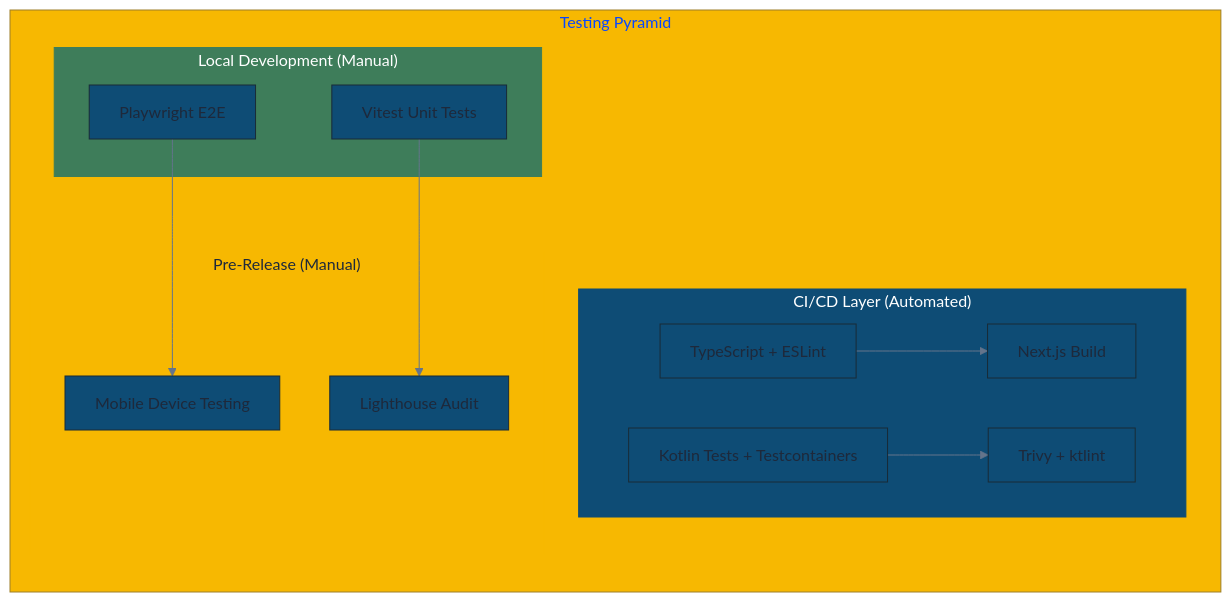
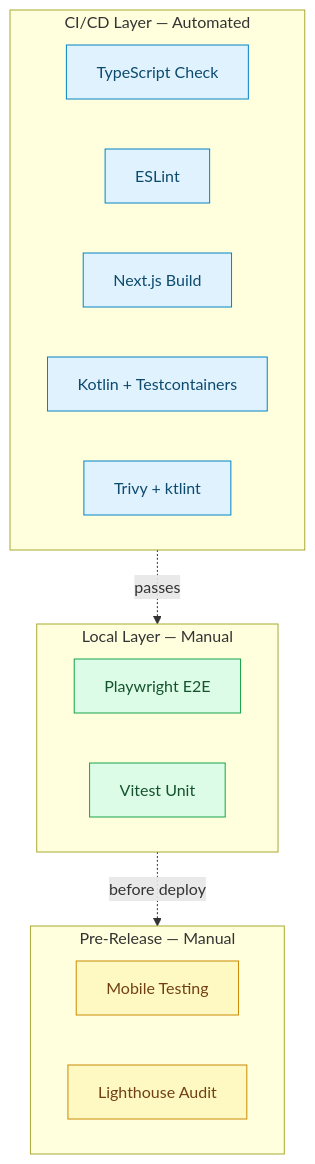
One commit to deznode/nosilha changed the diagram in docs/testing.md. Above: the diagram before and after it, drawn with Mermaid. The commit also changed 7 other files, not shown here.

````diff
--- a/docs/testing.md
+++ b/docs/testing.md
@@ -7,32 +7,31 @@
 ```mermaid
-%%{init: {'theme': 'base', 'themeVariables': { 'primaryColor': '#0e4c75', 'secondaryColor': '#3E7D5A', 'tertiaryColor': '#F7B801', 'primaryTextColor': '#1e293b', 'lineColor': '#64748b'}}}%%
 graph TB
-    subgraph pyramid["Testing Pyramid"]
-        direction TB
-
-        subgraph ci["CI/CD Layer (Automated)"]
-            style ci fill:#0e4c75,stroke:#0e4c75,color:#fff
-            TS["TypeScript + ESLint"]
-            BUILD["Next.js Build"]
-            BACKEND["Kotlin Tests + Testcontainers"]
-            SECURITY["Trivy + ktlint"]
-        end
-
-        subgraph local["Local Development (Manual)"]
-            style local fill:#3E7D5A,stroke:#3E7D5A,color:#fff
-            E2E["Playwright E2E"]
-            UNIT["Vitest Unit Tests"]
-        end
-
-        subgraph manual["Pre-Release (Manual)"]
-            style manual fill:#F7B801,stroke:#F7B801,color:#1e293b
-            MOBILE["Mobile Device Testing"]
-            LIGHTHOUSE["Lighthouse Audit"]
-        end
+    subgraph ci["CI/CD Layer — Automated"]
+        TS["TypeScript Check"]
+        LINT["ESLint"]
+        BUILD["Next.js Build"]
+        KOTLIN["Kotlin + Testcontainers"]
+        SEC["Trivy + ktlint"]
     end
 
-    TS --> BUILD
-    BACKEND --> SECURITY
-    E2E --> MOBILE
-    UNIT --> LIGHTHOUSE
+    subgraph local["Local Layer — Manual"]
+        E2E["Playwright E2E"]
+        UNIT["Vitest Unit"]
+    end
+
+    subgraph pre["Pre-Release — Manual"]
+        MOBILE["Mobile Testing"]
+        LH["Lighthouse Audit"]
+    end
+
+    ci -.->|"passes"| local
+    local -.->|"before deploy"| pre
+
+    classDef ciNode fill:#e0f2fe,stroke:#0284c7,color:#0c4a6e
+    classDef localNode fill:#dcfce7,stroke:#16a34a,color:#14532d
+    classDef preNode fill:#fef9c3,stroke:#ca8a04,color:#713f12
+
+    class TS,LINT,BUILD,KOTLIN,SEC ciNode
+    class E2E,UNIT localNode
+    class MOBILE,LH preNode
 ```
````
